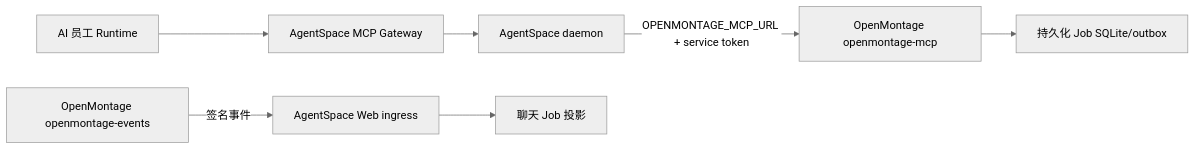
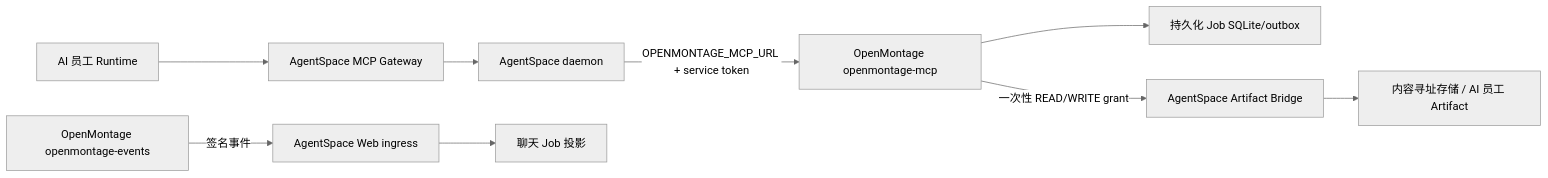
Before and after one commit to iTechwu/AgentSpace: the diagram in docs/0805/montage/06-实施状态与部署联调.md, drawn with Mermaid (neutral theme). The commit also changed other lines of this file and 3 other files, not shown here.

````diff
--- a/docs/0805/montage/06-实施状态与部署联调.md
+++ b/docs/0805/montage/06-实施状态与部署联调.md
@@ -43,9 +48,11 @@
 ```mermaid
 flowchart LR
     Runtime["AI 员工 Runtime"] --> Gateway["AgentSpace MCP Gateway"]
     Gateway --> Daemon["AgentSpace daemon"]
     Daemon -->|"OPENMONTAGE_MCP_URL + service token"| MCP["OpenMontage openmontage-mcp"]
     MCP --> DB["持久化 Job SQLite/outbox"]
     Publisher["OpenMontage openmontage-events"] -->|"签名事件"| Web["AgentSpace Web ingress"]
+    MCP -->|"一次性 READ/WRITE grant"| Artifact["AgentSpace Artifact Bridge"]
+    Artifact --> Storage["内容寻址存储 / AI 员工 Artifact"]
     Web --> Chat["聊天 Job 投影"]
 ```
````
